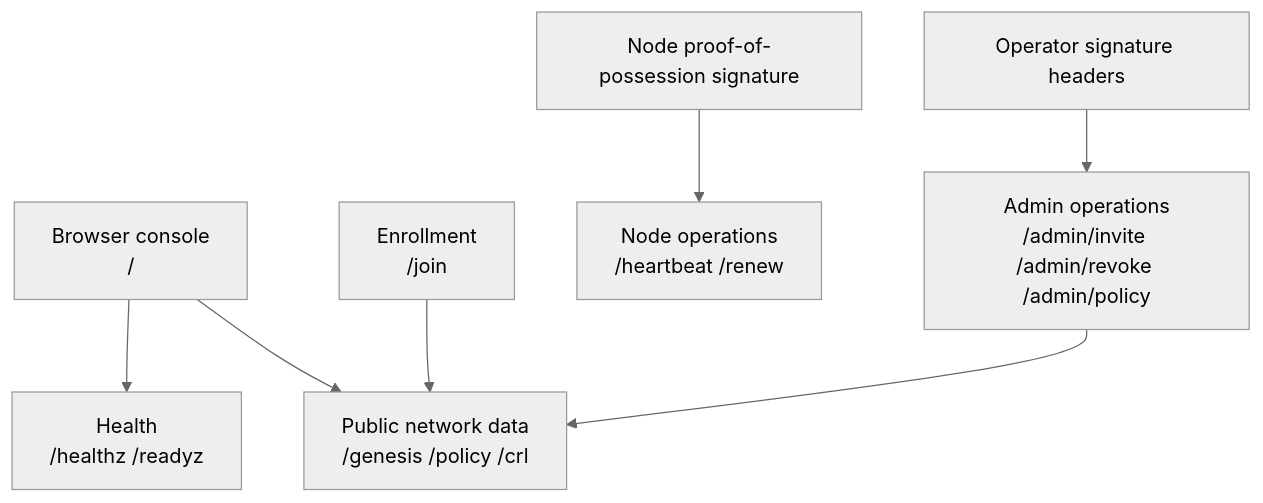
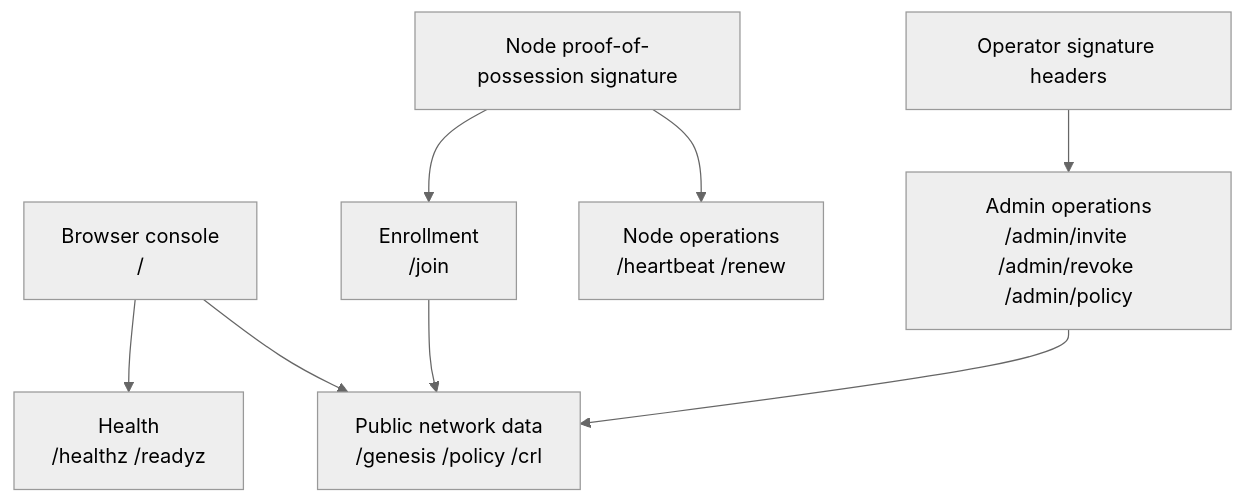
Before and after one commit to GenesisMeshLabs/genesismesh: the diagram in docs/reference/network-authority-api.md, drawn with Mermaid (neutral theme). The commit also changed other lines of this file and 13 other files, not shown here.

````diff
--- a/docs/reference/network-authority-api.md
+++ b/docs/reference/network-authority-api.md
@@ -6,18 +6,19 @@
 ```{mermaid}
 flowchart TB
     home["Browser console\n/"]
     health["Health\n/healthz /readyz"]
     public["Public network data\n/genesis /policy /crl"]
     enrollment["Enrollment\n/join"]
     node_ops["Node operations\n/heartbeat /renew"]
     admin["Admin operations\n/admin/invite /admin/revoke /admin/policy"]
     auth["Operator signature headers"]
     node_sig["Node proof-of-possession signature"]
 
     auth --> admin
+    node_sig --> enrollment
     node_sig --> node_ops
     home --> health
     home --> public
     enrollment --> public
     admin --> public
 ```
````
